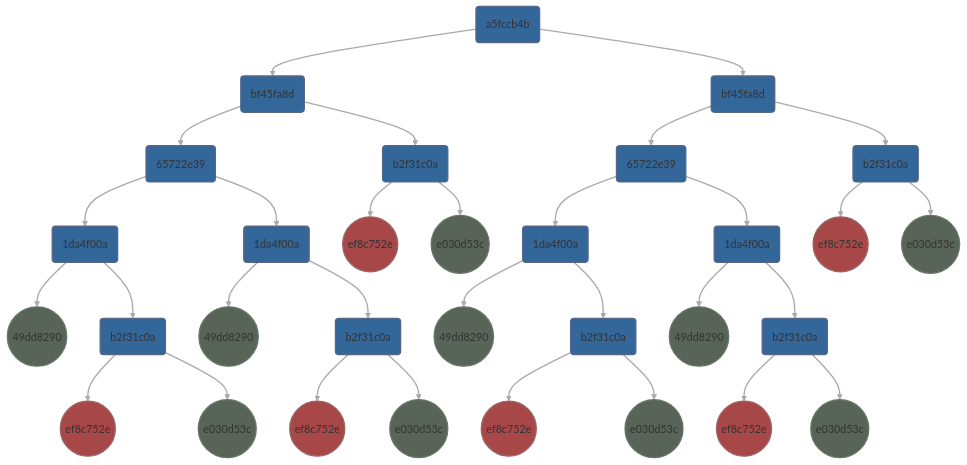
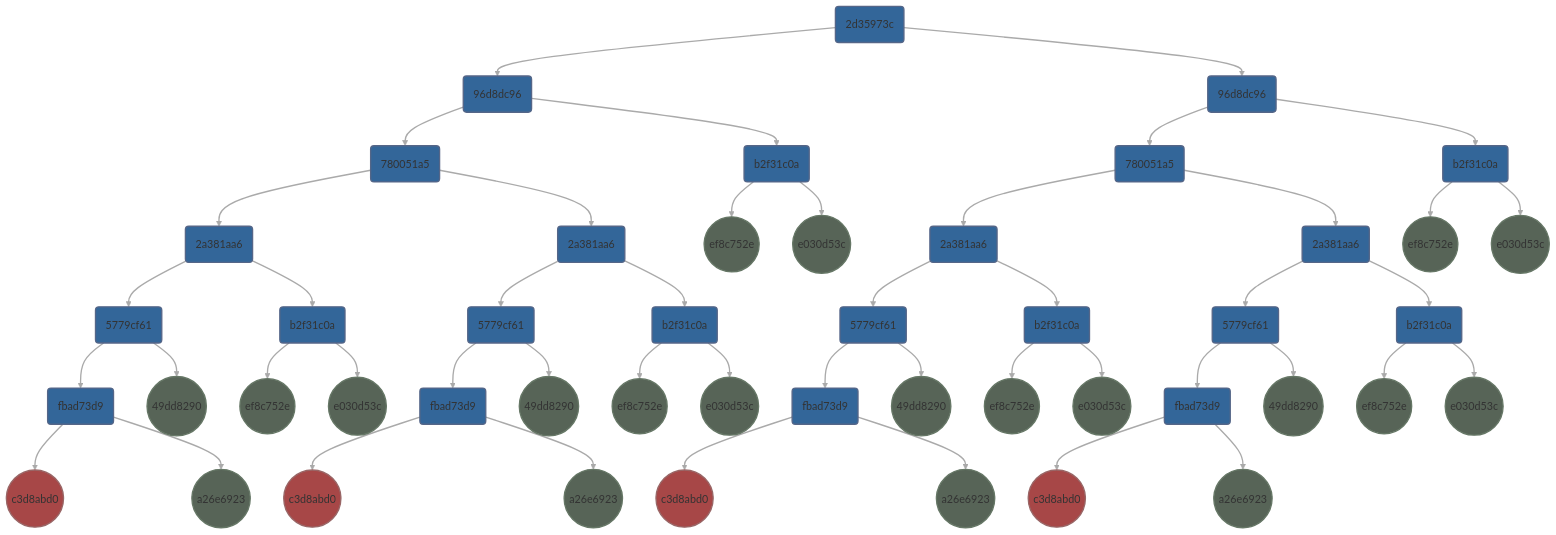
The second of 4 diagrams in egppy/egppy/worker/docs/executor.md (Shapedsundew9/erasmus-gp), drawn with Mermaid before and after one commit. The commit also changed other lines of this file and 4 other files, not shown here.

Commit message:
Refactor GCNode and gene pool initialization; enhance Mermaid chart generation with dynamic line limits and improved executable handling.

````diff
--- a/egppy/egppy/worker/docs/executor.md
+++ b/egppy/egppy/worker/docs/executor.md
@@ -54,66 +58,98 @@
 ```mermaid
 flowchart TD
-    0a5fccb4b(a5fccb4b):::blue
-    a1bf45fa8d(bf45fa8d):::blue
-    0a5fccb4b --> a1bf45fa8d
-    b1bf45fa8d(bf45fa8d):::blue
-    0a5fccb4b --> b1bf45fa8d
-    a265722e39(65722e39):::blue
-    a1bf45fa8d --> a265722e39
+    02d35973c(2d35973c):::blue
+    a196d8dc96(96d8dc96):::blue
+    02d35973c --> a196d8dc96
+    b196d8dc96(96d8dc96):::blue
+    02d35973c --> b196d8dc96
+    a2780051a5(780051a5):::blue
+    a196d8dc96 --> a2780051a5
     b2b2f31c0a(b2f31c0a):::blue
-    a1bf45fa8d --> b2b2f31c0a
-    a365722e39(65722e39):::blue
-    b1bf45fa8d --> a365722e39
+    a196d8dc96 --> b2b2f31c0a
+    a3780051a5(780051a5):::blue
+    b196d8dc96 --> a3780051a5
     b3b2f31c0a(b2f31c0a):::blue
-    b1bf45fa8d --> b3b2f31c0a
-    a41da4f00a(1da4f00a):::blue
-    a265722e39 --> a41da4f00a
-    b41da4f00a(1da4f00a):::blue
-    a265722e39 --> b41da4f00a
-    a5ef8c752e((ef8c752e)):::red
+    b196d8dc96 --> b3b2f31c0a
+    a42a381aa6(2a381aa6):::blue
+    a2780051a5 --> a42a381aa6
+    b42a381aa6(2a381aa6):::blue
+    a2780051a5 --> b42a381aa6
+    a5ef8c752e((ef8c752e)):::green
     b2b2f31c0a --> a5ef8c752e
     b5e030d53c((e030d53c)):::green
     b2b2f31c0a --> b5e030d53c
-    a61da4f00a(1da4f00a):::blue
-    a365722e39 --> a61da4f00a
-    b61da4f00a(1da4f00a):::blue
-    a365722e39 --> b61da4f00a
-    a7ef8c752e((ef8c752e)):::red
+    a62a381aa6(2a381aa6):::blue
+    a3780051a5 --> a62a381aa6
+    b62a381aa6(2a381aa6):::blue
+    a3780051a5 --> b62a381aa6
+    a7ef8c752e((ef8c752e)):::green
     b3b2f31c0a --> a7ef8c752e
     b7e030d53c((e030d53c)):::green
     b3b2f31c0a --> b7e030d53c
-    a849dd8290((49dd8290)):::green
-    a41da4f00a --> a849dd8290
+    a85779cf61(5779cf61):::blue
+    a42a381aa6 --> a85779cf61
     b8b2f31c0a(b2f31c0a):::blue
-    a41da4f00a --> b8b2f31c0a
-    a949dd8290((49dd8290)):::green
-    b41da4f00a --> a949dd8290
+    a42a381aa6 --> b8b2f31c0a
+    a95779cf61(5779cf61):::blue
+    b42a381aa6 --> a95779cf61
     b9b2f31c0a(b2f31c0a):::blue
-    b41da4f00a --> b9b2f31c0a
-    a1149dd8290((49dd8290)):::green
-    a61da4f00a --> a1149dd8290
-    b11b2f31c0a(b2f31c0a):::blue
-    a61da4f00a --> b11b2f31c0a
-    a1249dd8290((49dd8290)):::green
-    b61da4f00a --> a1249dd8290
+    b42a381aa6 --> b9b2f31c0a
+    a125779cf61(5779cf61):::blue
+    a62a381aa6 --> a125779cf61
     b12b2f31c0a(b2f31c0a):::blue
-    b61da4f00a --> b12b2f31c0a
-    a15ef8c752e((ef8c752e)):::red
-    b8b2f31c0a --> a15ef8c752e
-    b15e030d53c((e030d53c)):::green
-    b8b2f31c0a --> b15e030d53c
-    a17ef8c752e((ef8c752e)):::red
-    b9b2f31c0a --> a17ef8c752e
+    a62a381aa6 --> b12b2f31c0a
+    a135779cf61(5779cf61):::blue
+    b62a381aa6 --> a135779cf61
+    b13b2f31c0a(b2f31c0a):::blue
+    b62a381aa6 --> b13b2f31c0a
+    a16fbad73d9(fbad73d9):::blue
+    a85779cf61 --> a16fbad73d9
+    b1649dd8290((49dd8290)):::green
+    a85779cf61 --> b1649dd8290
+    a17ef8c752e((ef8c752e)):::green
+    b8b2f31c0a --> a17ef8c752e
     b17e030d53c((e030d53c)):::green
-    b9b2f31c0a --> b17e030d53c
-    a19ef8c752e((ef8c752e)):::red
-    b11b2f31c0a --> a19ef8c752e
+    b8b2f31c0a --> b17e030d53c
+    a18fbad73d9(fbad73d9):::blue
+    a95779cf61 --> a18fbad73d9
+    b1849dd8290((49dd8290)):::green
+    a95779cf61 --> b1849dd8290
+    a19ef8c752e((ef8c752e)):::green
+    b9b2f31c0a --> a19ef8c752e
     b19e030d53c((e030d53c)):::green
-    b11b2f31c0a --> b19e030d53c
-    a21ef8c752e((ef8c752e)):::red
+    b9b2f31c0a --> b19e030d53c
+    a20fbad73d9(fbad73d9):::blue
+    a125779cf61 --> a20fbad73d9
+    b2049dd8290((49dd8290)):::green
+    a125779cf61 --> b2049dd8290
+    a21ef8c752e((ef8c752e)):::green
     b12b2f31c0a --> a21ef8c752e
     b21e030d53c((e030d53c)):::green
     b12b2f31c0a --> b21e030d53c
+    a22fbad73d9(fbad73d9):::blue
+    a135779cf61 --> a22fbad73d9
+    b2249dd8290((49dd8290)):::green
+    a135779cf61 --> b2249dd8290
+    a23ef8c752e((ef8c752e)):::green
+    b13b2f31c0a --> a23ef8c752e
+    b23e030d53c((e030d53c)):::green
+    b13b2f31c0a --> b23e030d53c
+    a24c3d8abd0((c3d8abd0)):::red
+    a16fbad73d9 --> a24c3d8abd0
+    b24a26e6923((a26e6923)):::green
+    a16fbad73d9 --> b24a26e6923
+    a28c3d8abd0((c3d8abd0)):::red
+    a18fbad73d9 --> a28c3d8abd0
+    b28a26e6923((a26e6923)):::green
+    a18fbad73d9 --> b28a26e6923
+    a32c3d8abd0((c3d8abd0)):::red
+    a20fbad73d9 --> a32c3d8abd0
+    b32a26e6923((a26e6923)):::green
+    a20fbad73d9 --> b32a26e6923
+    a36c3d8abd0((c3d8abd0)):::red
+    a22fbad73d9 --> a36c3d8abd0
+    b36a26e6923((a26e6923)):::green
+    a22fbad73d9 --> b36a26e6923
 classDef grey fill:#444444,stroke:#333333,stroke-width:2px
 classDef red fill:#A74747,stroke:#996666,stroke-width:2px
 classDef blue fill:#336699,stroke:#556688,stroke-width:2px
````
